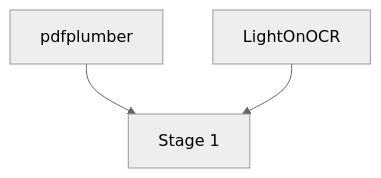
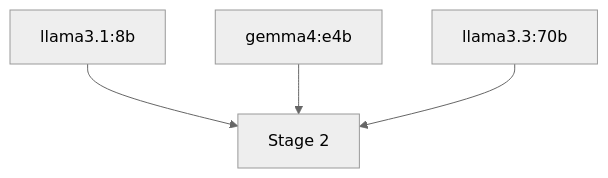
One commit to fairdataihub/dmpbridge changed the fifth of 5 diagrams in docs/DIAGRAMS.md. Above: the diagram before and after it, drawn with Mermaid (neutral theme). The commit also changed other lines of this file and 74 other files, not shown here.

First line of the commit message:
Refactor DMP pipeline to remove LightOnOCR extractor

````diff
--- a/docs/DIAGRAMS.md
+++ b/docs/DIAGRAMS.md
@@ -89,5 +89,6 @@
 ```mermaid
 flowchart TD
-    P["pdfplumber"] --> S1["Stage 1"]
-    L["LightOnOCR"] --> S1
+    A["llama3.1:8b"] --> S2["Stage 2"]
+    B["gemma4:e4b"] --> S2
+    C["llama3.3:70b"] --> S2
 ```
````
